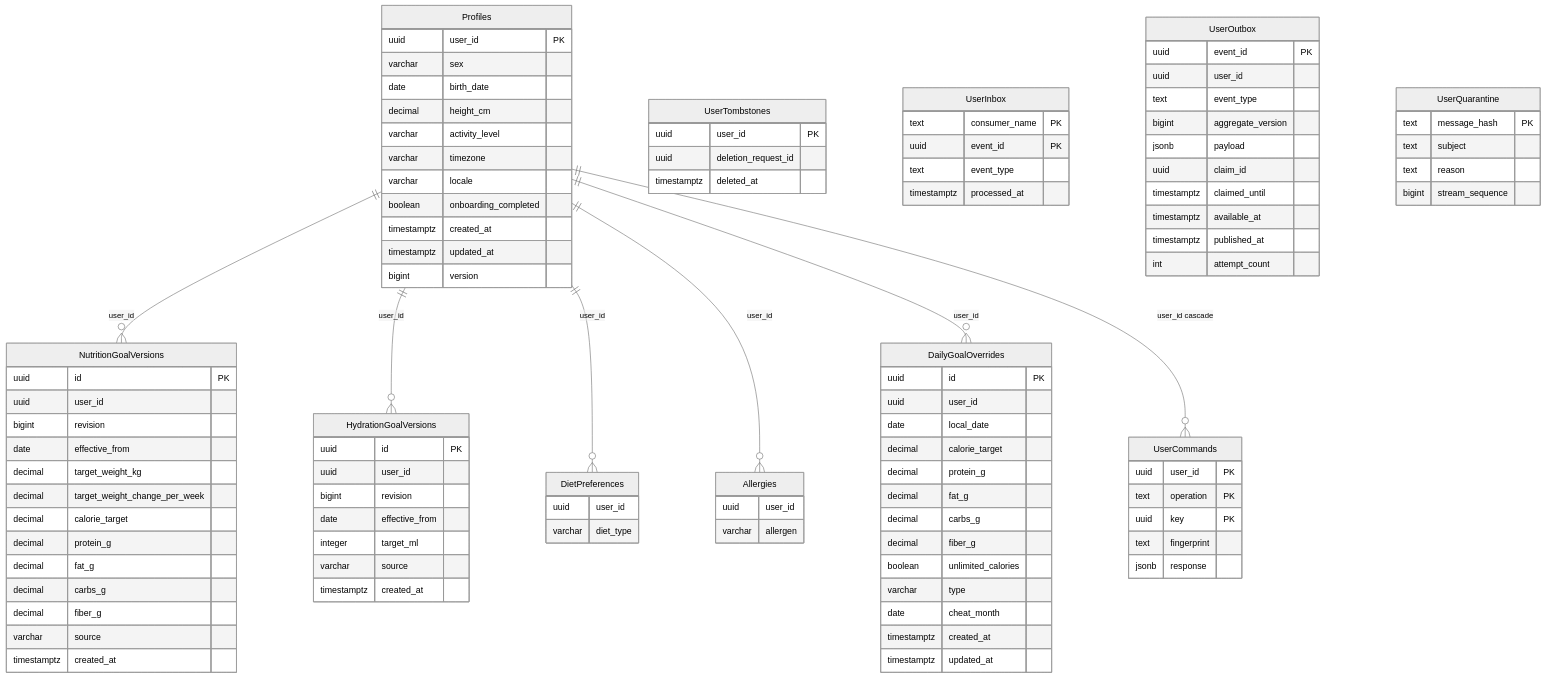
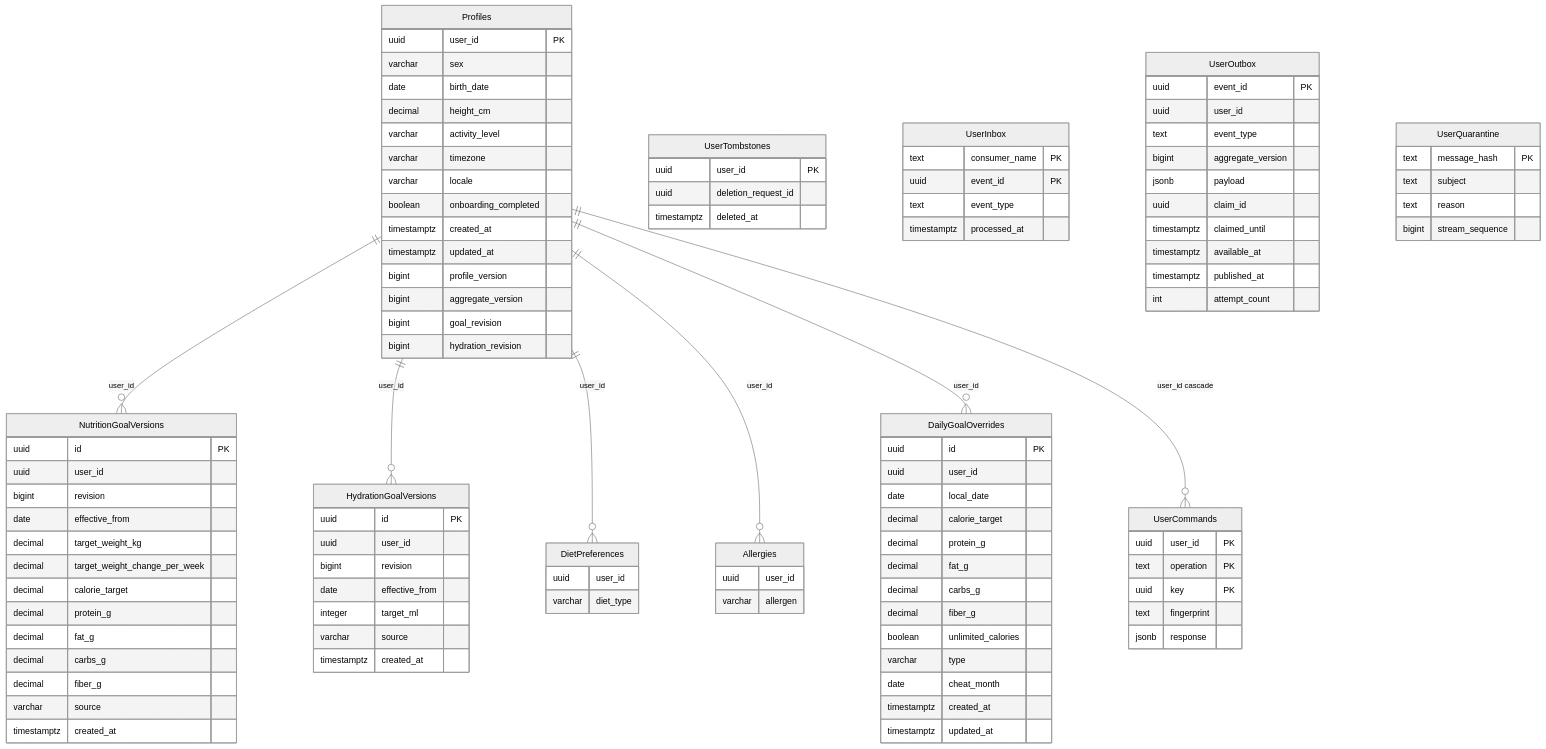
The diagram in contracts/dbml/user.mmd (COOKieProjectTeam/cookie), drawn with Mermaid (neutral theme) before and after one commit. The commit also changed 48 other files, not shown here.

```diff
--- a/contracts/dbml/user.mmd
+++ b/contracts/dbml/user.mmd
@@ -1,112 +1,115 @@
 %% user service schema — derived from user.dbml
 %% Cross-service references are intentionally omitted.
 erDiagram
   Profiles {
     uuid user_id PK
     varchar sex
     date birth_date
     decimal height_cm
     varchar activity_level
     varchar timezone
     varchar locale
     boolean onboarding_completed
     timestamptz created_at
     timestamptz updated_at
-    bigint version
+    bigint profile_version
+    bigint aggregate_version
+    bigint goal_revision
+    bigint hydration_revision
   }
 
   NutritionGoalVersions {
     uuid id PK
     uuid user_id
     bigint revision
     date effective_from
     decimal target_weight_kg
     decimal target_weight_change_per_week
     decimal calorie_target
     decimal protein_g
     decimal fat_g
     decimal carbs_g
     decimal fiber_g
     varchar source
     timestamptz created_at
   }
 
   HydrationGoalVersions {
     uuid id PK
     uuid user_id
     bigint revision
     date effective_from
     integer target_ml
     varchar source
     timestamptz created_at
   }
 
   DietPreferences {
     uuid user_id
     varchar diet_type
   }
 
   Allergies {
     uuid user_id
     varchar allergen
   }
 
   DailyGoalOverrides {
     uuid id PK
     uuid user_id
     date local_date
     decimal calorie_target
     decimal protein_g
     decimal fat_g
     decimal carbs_g
     decimal fiber_g
     boolean unlimited_calories
     varchar type
     date cheat_month
     timestamptz created_at
     timestamptz updated_at
   }
 
   Profiles ||--o{ NutritionGoalVersions : "user_id"
   Profiles ||--o{ HydrationGoalVersions : "user_id"
   Profiles ||--o{ DietPreferences : "user_id"
   Profiles ||--o{ Allergies : "user_id"
   Profiles ||--o{ DailyGoalOverrides : "user_id"
 
   UserTombstones {
     uuid user_id PK
     uuid deletion_request_id
     timestamptz deleted_at
   }
   UserCommands {
     uuid user_id PK
     text operation PK
     uuid key PK
     text fingerprint
     jsonb response
   }
   UserInbox {
     text consumer_name PK
     uuid event_id PK
     text event_type
     timestamptz processed_at
   }
   UserOutbox {
     uuid event_id PK
     uuid user_id
     text event_type
     bigint aggregate_version
     jsonb payload
     uuid claim_id
     timestamptz claimed_until
     timestamptz available_at
     timestamptz published_at
     int attempt_count
   }
   UserQuarantine {
     text message_hash PK
     text subject
     text reason
     bigint stream_sequence
   }
   Profiles ||--o{ UserCommands : "user_id cascade"
```
